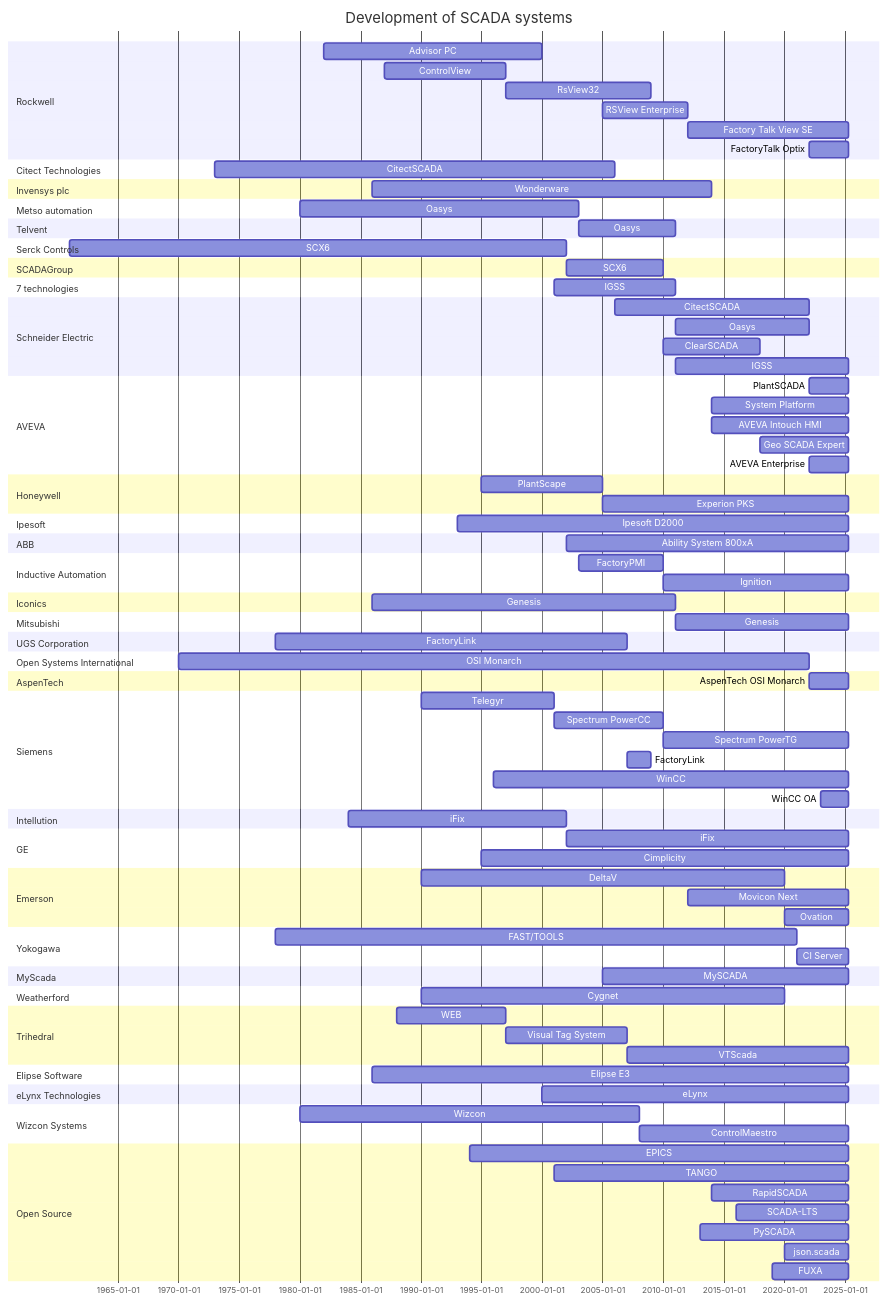
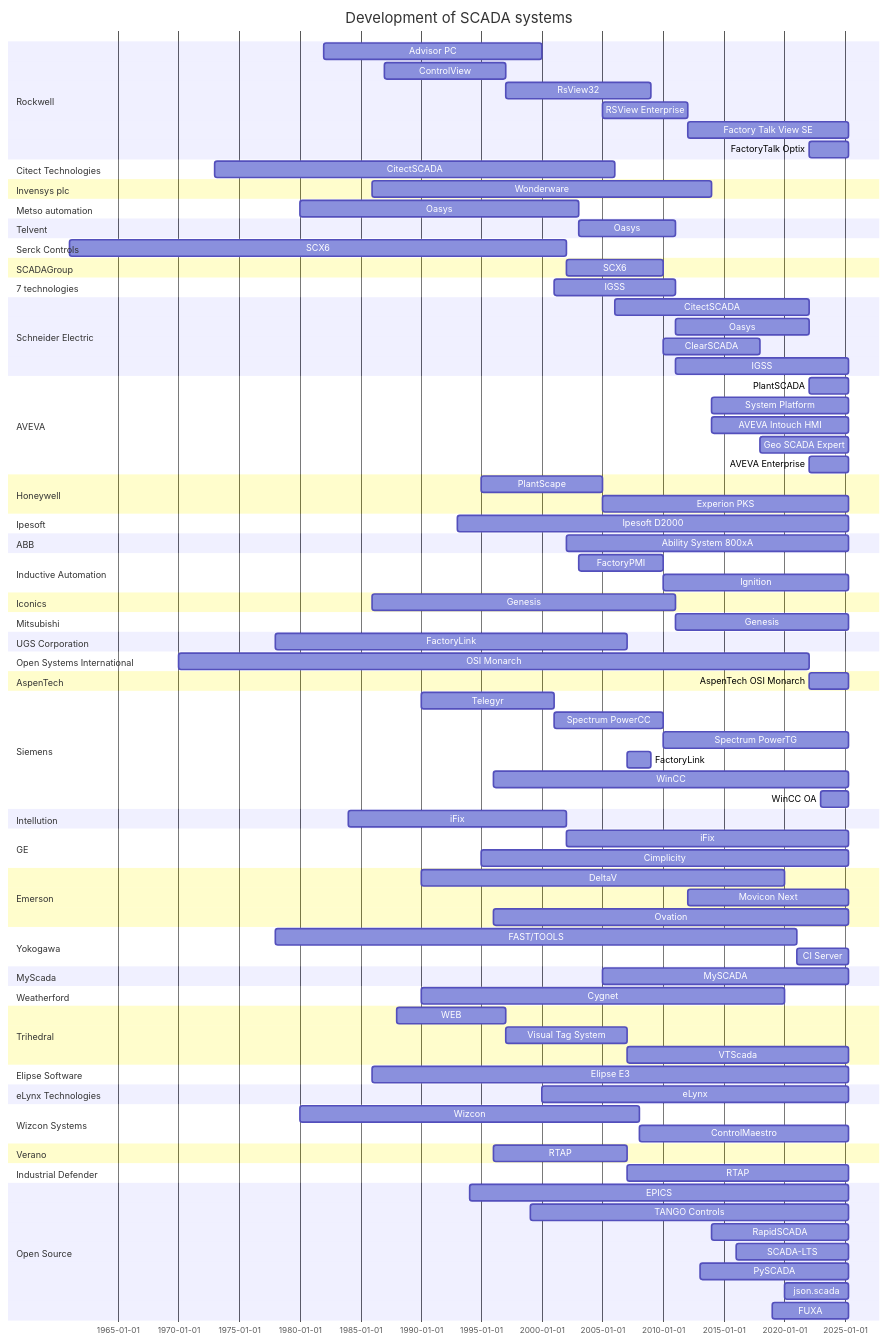
The diagram in README.md (hutcheb/scada-timeline), drawn with Mermaid before and after one commit.

Commit message:
feat: Add RTAP Industrial Defender

```diff
--- a/README.md
+++ b/README.md
@@ -103,8 +103,8 @@
         DeltaV : 1990, 30y
         %%(Estimate)
         Movicon Next : 2012, until 2025
-        %%(No Start and End Dates)
-        Ovation : 2020, until 2025
+        %%(https://www.reddit.com/r/SCADA/comments/1jwldin/comment/mmr7ire/?context=3)
+        Ovation : 1996, until 2025
     section Yokogawa 
         %%(https://www.yokogawa.com/au/solutions/products-and-services/lifecycle-services/scada-as-a-service/)
         FAST/TOOLS : fasttools, 1978, 2021
@@ -132,11 +132,15 @@
         Wizcon  : 1980, 2008    
         %%(https://elutions-controlmaestro.com/ourcompany/)
         ControlMaestro : 2008, until 2025
+    section Verano
+        RTAP : rtap, 1996, 2007
+    section Industrial Defender
+        RTAP : after rtap, until 2025    
     section Open Source
         %%(https://en.wikipedia.org/wiki/EPICS)
         EPICS : epics, 1994, until 2025
-        %%(https://en.wikipedia.org/wiki/TANGO)
-        TANGO : tango, 2001, until 2025
+        %%(https://www.tango-controls.org/about-us/#History)
+        TANGO Controls : tango, 1999, until 2025
         %%(https://github.com/RapidScada/scada/graphs/code-frequency)
         RapidSCADA : rapidscada, 2014, until 2025
         %%(https://github.com/SCADA-LTS/Scada-LTS/graphs/code-frequency)
```
